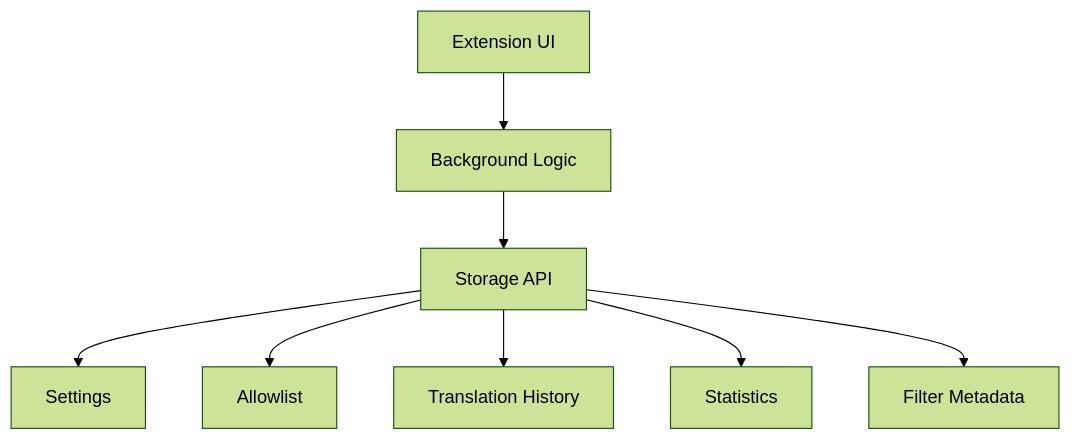
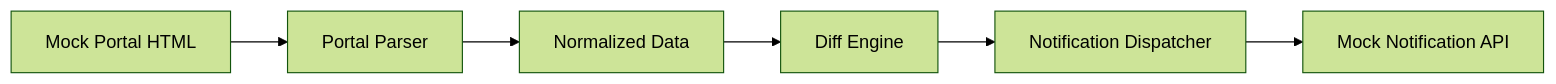
One commit to suyabamin/uiu_notification_pro changed the tenth of 11 diagrams in README.md. Above: the diagram before and after it, drawn with Mermaid (forest theme). The commit also changed other lines of this file, not shown here.

````diff
--- a/README.md
+++ b/README.md
@@ -815,18 +931,8 @@
 ```mermaid
-flowchart TD
-    A["Extension UI"]
-    B["Background Logic"]
-    C["Storage API"]
-    D["Settings"]
-    E["Allowlist"]
-    F["Translation History"]
-    G["Statistics"]
-    H["Filter Metadata"]
-
-    A --> B --> C
-    C --> D
-    C --> E
-    C --> F
-    C --> G
-    C --> H
+flowchart LR
+    A[Mock Portal HTML] --> B[Portal Parser]
+    B --> C[Normalized Data]
+    C --> D[Diff Engine]
+    D --> E[Notification Dispatcher]
+    E --> F[Mock Notification API]
 ```
````
